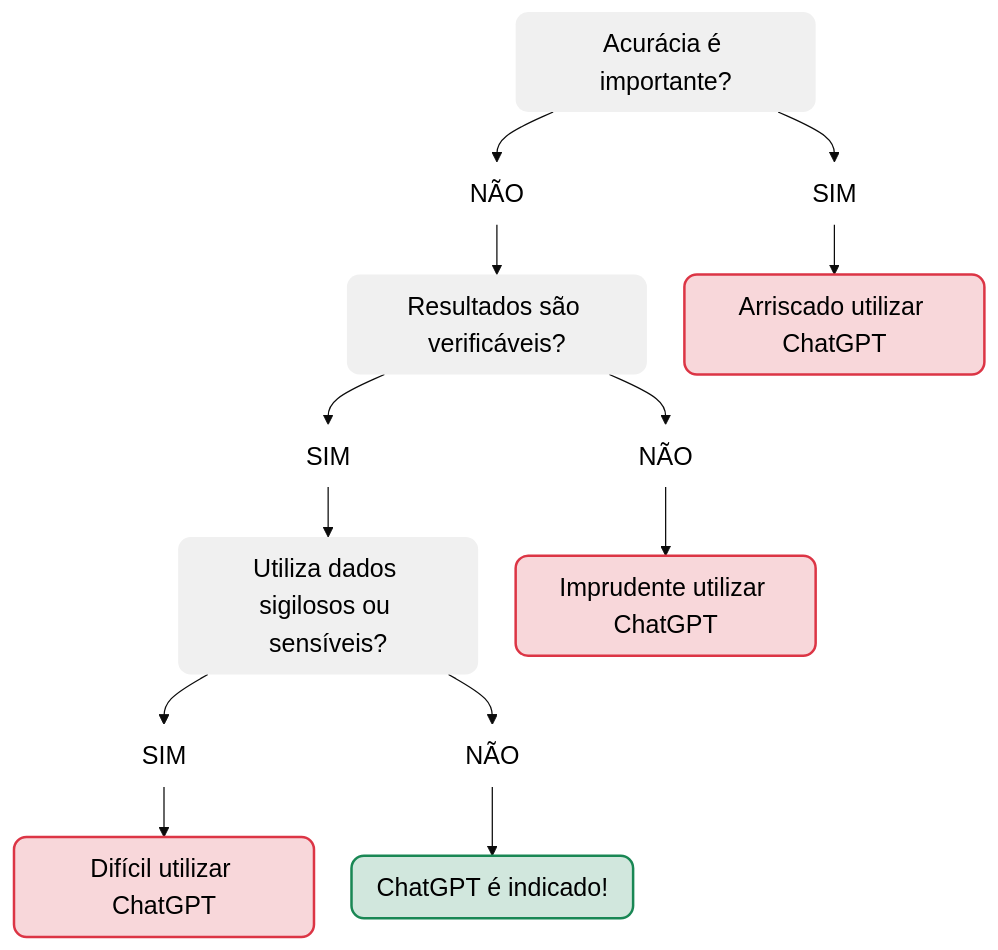
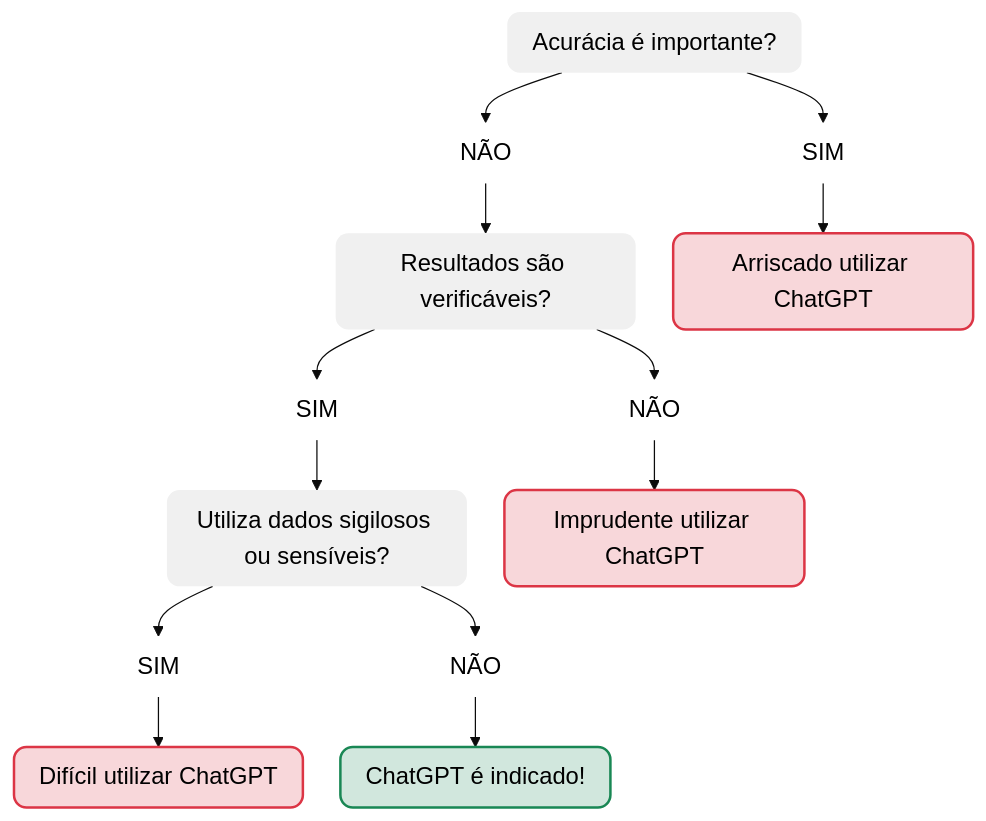
Before and after one commit to danilosouza-usp/eae1106: the diagram in inteligencia_artificial.qmd, drawn with Mermaid. The commit also changed other lines of this file and 16 other files, not shown here.

````diff
--- a/inteligencia_artificial.qmd
+++ b/inteligencia_artificial.qmd
@@ -69,60 +69,60 @@
 ```{mermaid}
 %%{init: {
   "theme": "base",
   "flowchart": {
     "padding": 10,
     "nodeSpacing": 30,
     "rankSpacing": 40
   },
   "themeVariables": {
-    "fontSize": "20px"
+    "fontSize": "19px"
   }
 }}%%
 
 flowchart TB
     A[Acurácia é importante?]
     B[Resultados são verificáveis?] 
     C[Utiliza dados sigilosos ou sensíveis?]
     D[ChatGPT é indicado!]
     N1[Arriscado utilizar ChatGPT]
     N2[Imprudente utilizar ChatGPT]
     N3[Difícil utilizar ChatGPT]
 
     s1["SIM"]
     n1["NÃO"]
     s2["SIM"]
     n2["NÃO"]
     s3["SIM"]
     n3["NÃO"]
 
     A --> s1 --> N1
     A --> n1 --> B
 
     B --> n2 --> N2
     B --> s2 --> C
 
     C --> s3 --> N3
     C --> n3 --> D
 
     %% Estilo opcional para reforçar aparência de árvore de decisão
     classDef decision fill:#f0f0f0,color:#000000,stroke-width:0px;
     classDef allow fill:#d1e7dd,color:#000000,stroke:#198754,stroke-width:2px
     classDef deny fill:#f8d7da,color:#000000,stroke:#dc3545,stroke-width:2px;
     classDef choice fill:#ffffff,color:#000000,stroke:#ffffff,stroke-width:0px;
 
     class A,B,C decision;
     class D allow;
     class N1,N2,N3 deny;
     class s1,n1,s2,n2,s3,n3 choice;
 
     %% Arredondamento
     style A rx:10,ry:10;
     style B rx:10,ry:10;
     style C rx:10,ry:10;
     style D rx:10,ry:10;
     style N1 rx:10,ry:10;
     style N2 rx:10,ry:10;
     style N3 rx:10,ry:10;
 
     linkStyle default stroke-width:1px;
 ```
````
